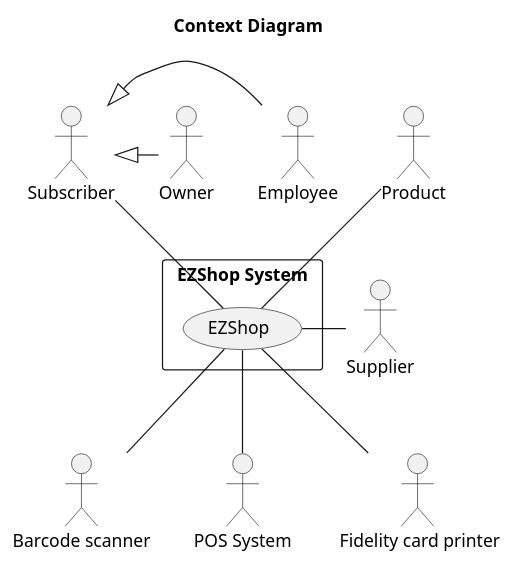
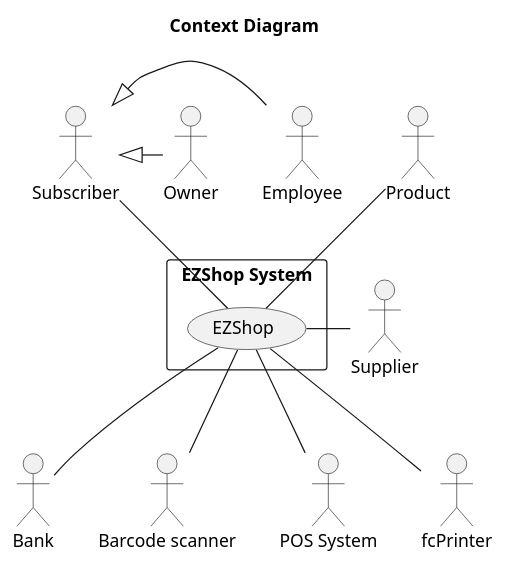
One commit to nicolabattaglino/ezshop changed the first of 7 diagrams in Deliverables/RequirementsDocument.md. Above: the diagram before and after it, drawn with PlantUML. The commit also changed other lines of this file, not shown here.

Commit message:
change use case diagram

````diff
--- a/Deliverables/RequirementsDocument.md
+++ b/Deliverables/RequirementsDocument.md
@@ -59,31 +59,31 @@
 ```plantuml
 @startuml
 
 
 title Context Diagram
 
-
+actor Bank
 actor Owner
 actor :Barcode scanner: as bcScanner
 actor Product
 actor Subscriber
 actor Employee
 actor :POS System: as POSSystem
 actor :Supplier: as supplier
-actor : Fidelity card printer: as fcPrinter
 rectangle "EZShop System" as EZShopSystem{
 (EZShop)
 }
+EZShop -- Bank
 Subscriber <|- Employee
 Subscriber <|- Owner
 Product -- EZShop
 EZShop -- POSSystem
 EZShop - supplier
 EZShop-- fcPrinter
 Subscriber -- EZShop
 EZShop -- bcScanner
 
 
 
 @enduml
 ```
````
